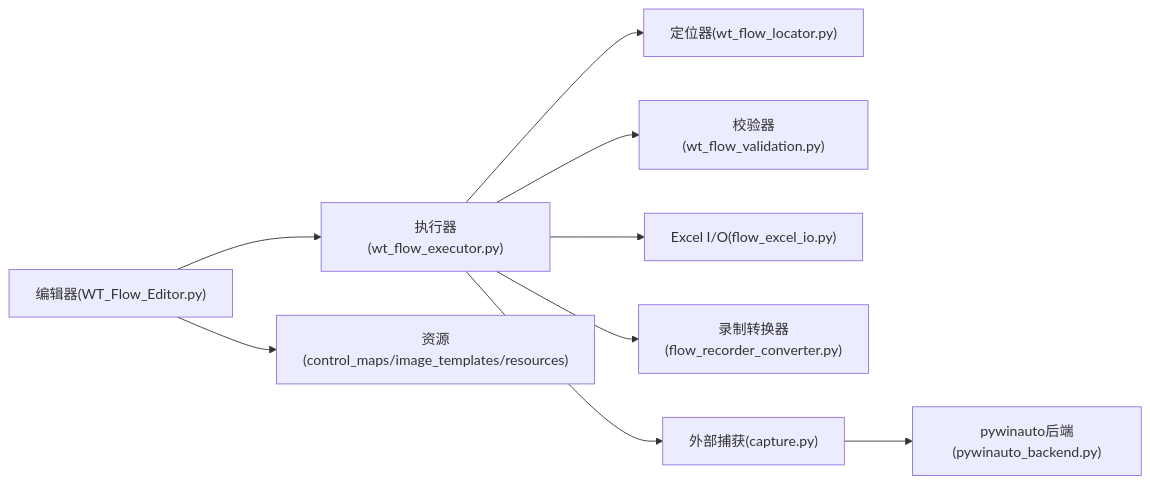
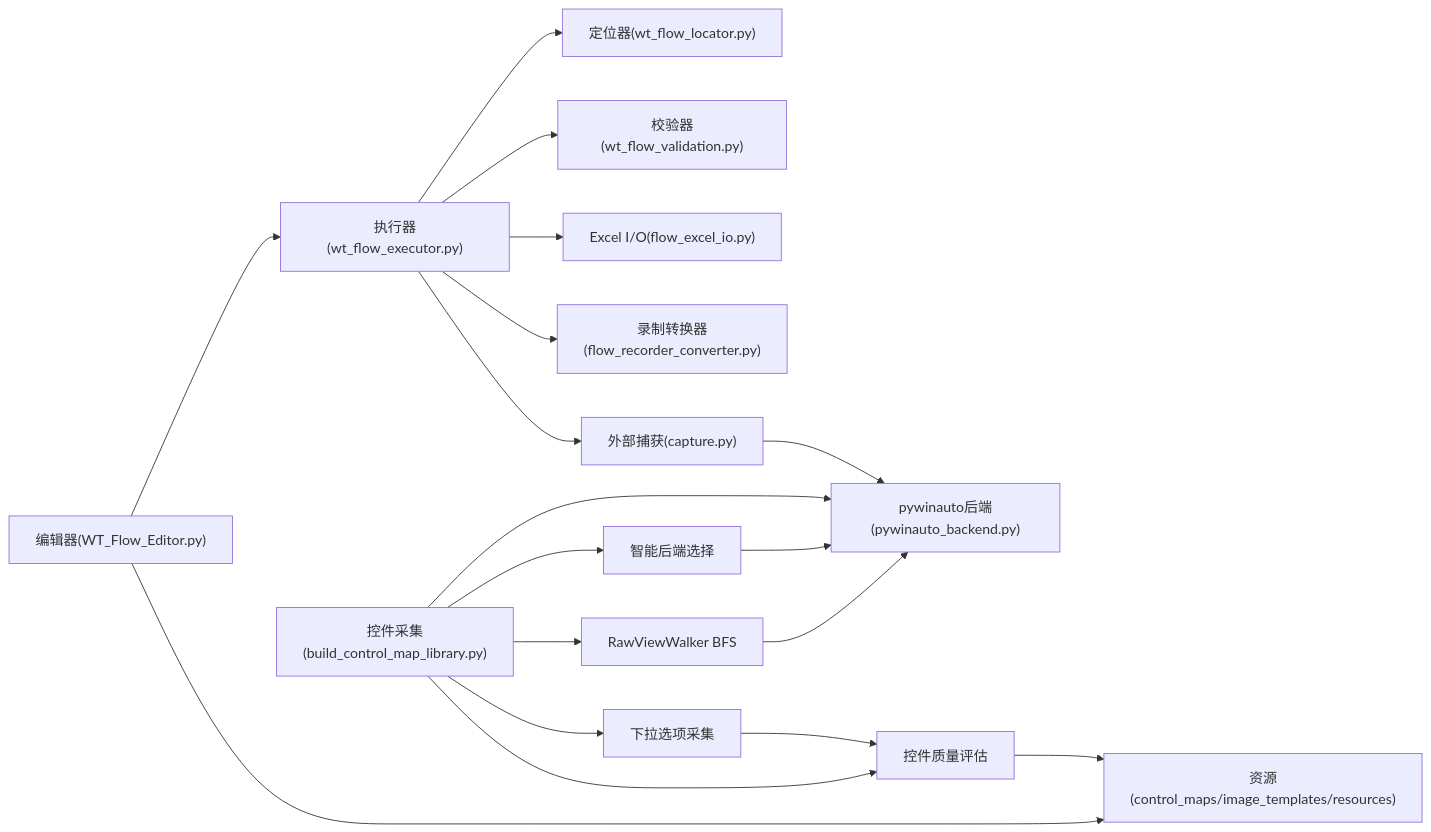
One commit to hanago33/WT_Automation changed the sixth of 6 diagrams in .qoder/repowiki/zh/content/开发指南/开发指南.md. Above: the diagram before and after it, drawn with Mermaid. The commit also changed other lines of this file and 247 other files, not shown here.

````diff
--- a/.qoder/repowiki/zh/content/开发指南/开发指南.md
+++ b/.qoder/repowiki/zh/content/开发指南/开发指南.md
@@ -304,11 +462,20 @@
 ```mermaid
 graph LR
 Editor["编辑器(WT_Flow_Editor.py)"] --> Exec["执行器(wt_flow_executor.py)"]
 Exec --> Locator["定位器(wt_flow_locator.py)"]
 Exec --> Validator["校验器(wt_flow_validation.py)"]
 Exec --> ExcelIO["Excel I/O(flow_excel_io.py)"]
 Exec --> RecorderConv["录制转换器(flow_recorder_converter.py)"]
 Editor --> Resources["资源(control_maps/image_templates/resources)"]
 Capture["外部捕获(capture.py)"] --> Backend["pywinauto后端(pywinauto_backend.py)"]
 Exec --> Capture
+Collector["控件采集(build_control_map_library.py)"] --> Backend
+Collector --> SmartSelect["智能后端选择"]
+Collector --> BFS["RawViewWalker BFS"]
+Collector --> Dropdown["下拉选项采集"]
+Collector --> Quality["控件质量评估"]
+SmartSelect --> Backend
+BFS --> Backend
+Dropdown --> Quality
+Quality --> Resources
 ```
````
